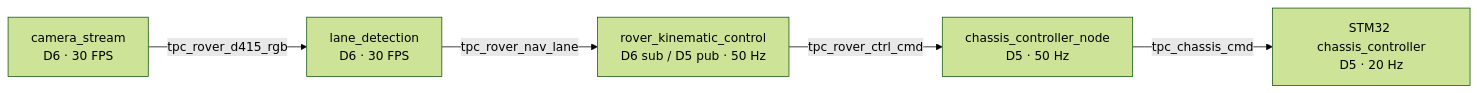
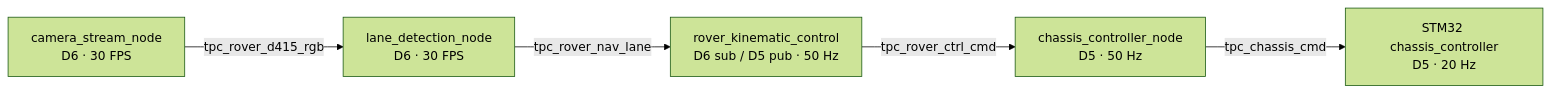
One commit to RoboticsGG/almondmatcha changed the second of 2 diagrams in docs/ARCHITECTURE.md. Above: the diagram before and after it, drawn with Mermaid (forest theme). The commit also changed other lines of this file and 30 other files, not shown here.

````diff
--- a/docs/ARCHITECTURE.md
+++ b/docs/ARCHITECTURE.md
@@ -163,7 +163,7 @@
 ```mermaid
 flowchart LR
-    CAM["camera_stream\nD6 · 30 FPS"] -->|tpc_rover_d415_rgb| LANE["lane_detection\nD6 · 30 FPS"]
+    CAM["camera_stream_node\nD6 · 30 FPS"] -->|tpc_rover_d415_rgb| LANE["lane_detection_node\nD6 · 30 FPS"]
     LANE -->|tpc_rover_nav_lane| CTRL["rover_kinematic_control\nD6 sub / D5 pub · 50 Hz"]
     CTRL -->|tpc_rover_ctrl_cmd| CC["chassis_controller_node\nD5 · 50 Hz"]
     CC -->|tpc_chassis_cmd| MTR["STM32 chassis_controller\nD5 · 20 Hz"]
 ```
````
